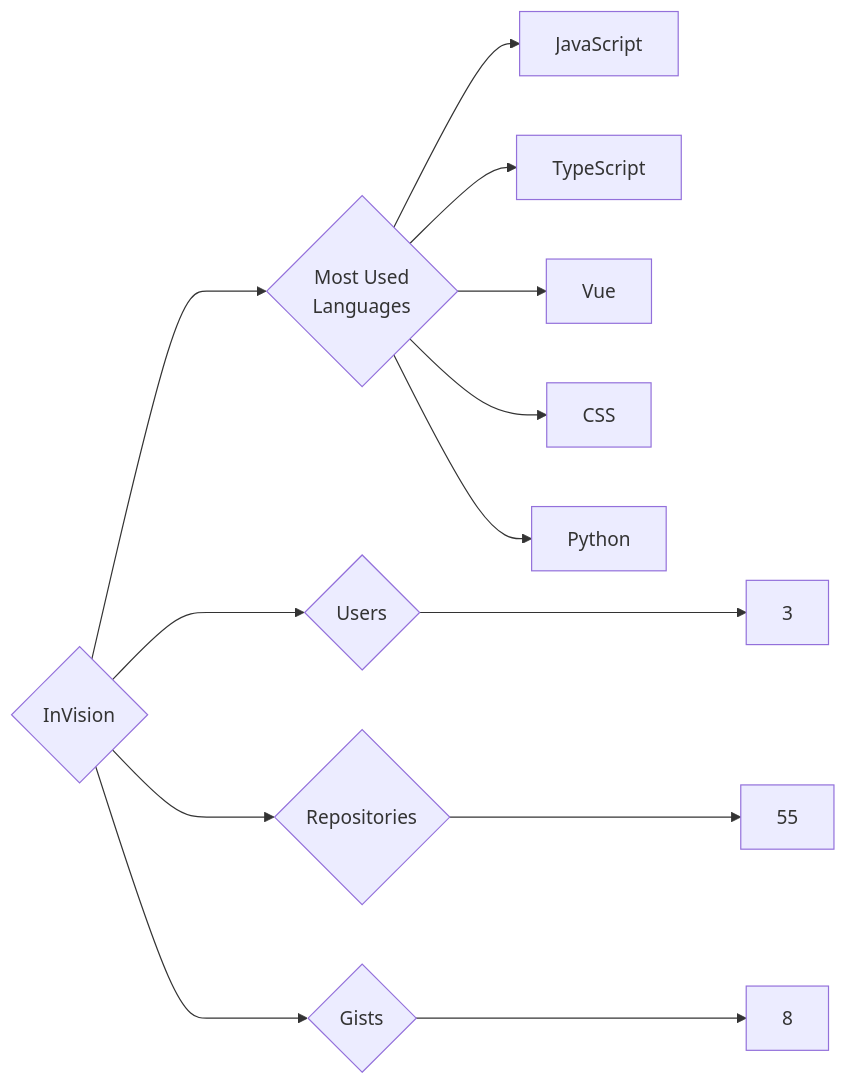
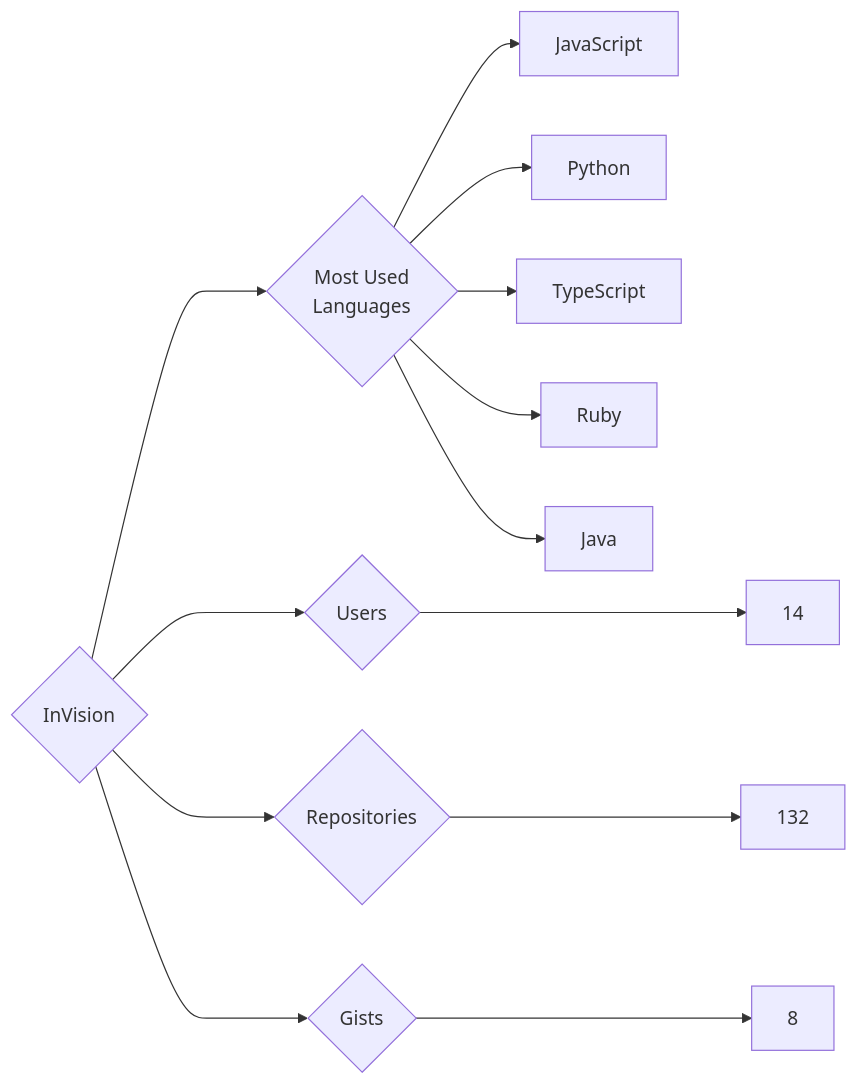
One commit to trickest/insiders changed the diagram in targets/InVision/README.md. Above: the diagram before and after it, drawn with Mermaid. The commit also changed 681 other files, not shown here.

````diff
--- a/targets/InVision/README.md
+++ b/targets/InVision/README.md
@@ -3,13 +3,13 @@
 ```mermaid
 graph LR
 COMPANY_NAME{InVision}
-COMPANY_NAME ---> U{Users} ---> UN[3]
-COMPANY_NAME ---> R{Repositories} ---> RN[55]
+COMPANY_NAME ---> U{Users} ---> UN[14]
+COMPANY_NAME ---> R{Repositories} ---> RN[132]
 COMPANY_NAME ---> G{Gists} ---> GN[8]
 COMPANY_NAME ---> ML{Most Used<br>Languages}
 ML --> JavaScript[JavaScript]
+ML --> Python[Python]
 ML --> TypeScript[TypeScript]
-ML --> Vue[Vue]
-ML --> CSS[CSS]
-ML --> Python[Python]
+ML --> Ruby[Ruby]
+ML --> Java[Java]
 ```
````
